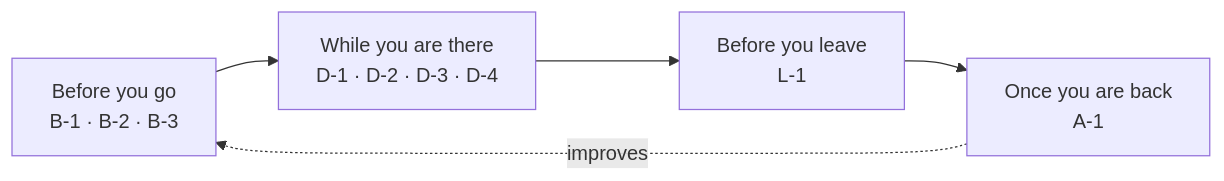
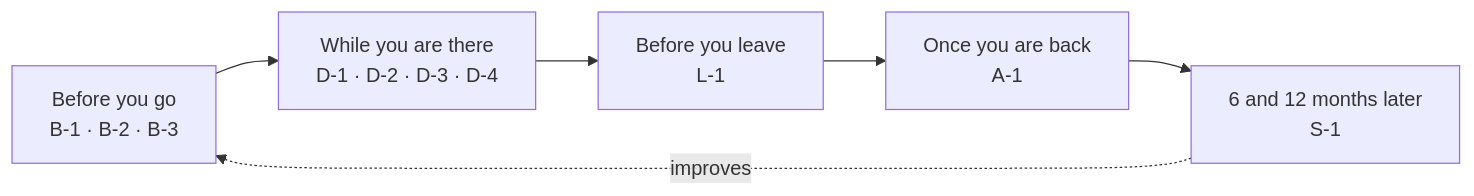
Before and after one commit to polgimenezcolom-sys/Hospital-Digitalisation-Handbook: the diagram in docs/1-Introduction/1.3-How-To-Use-It.md, drawn with Mermaid. The commit also changed other lines of this file and 40 other files, not shown here.

````diff
--- a/docs/1-Introduction/1.3-How-To-Use-It.md
+++ b/docs/1-Introduction/1.3-How-To-Use-It.md
@@ -22,7 +22,8 @@
 ``` mermaid
 graph LR
   A[Before you go<br/>B-1 · B-2 · B-3] --> B[While you are there<br/>D-1 · D-2 · D-3 · D-4]
   B --> C[Before you leave<br/>L-1]
   C --> D[Once you are back<br/>A-1]
-  D -.improves.-> A
+  D --> E[6 and 12 months later<br/>S-1]
+  E -.improves.-> A
 ```
````
